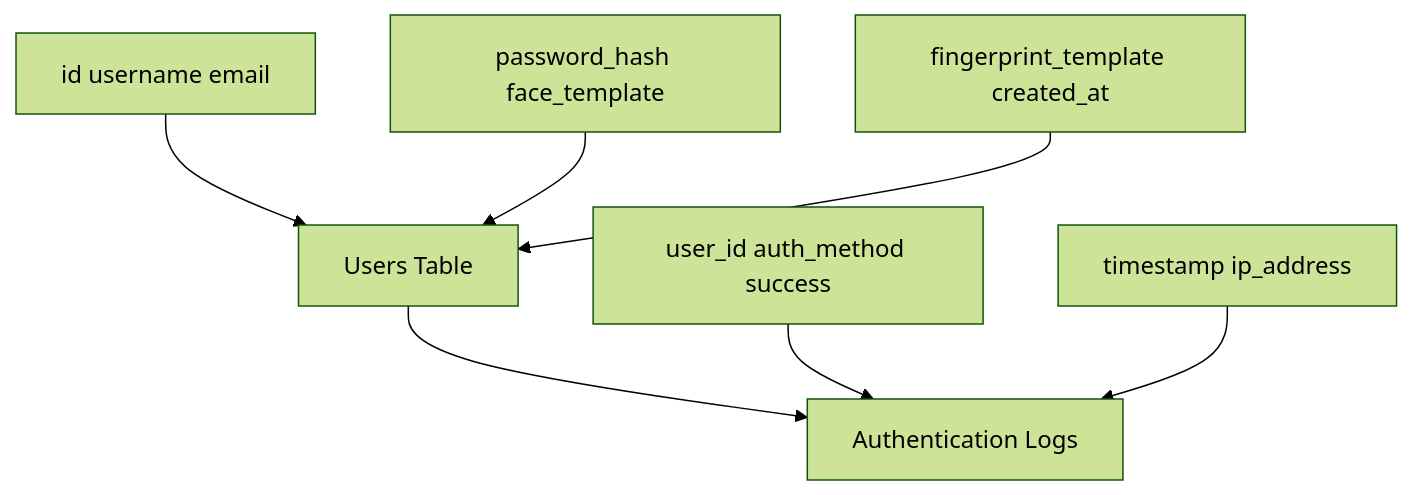
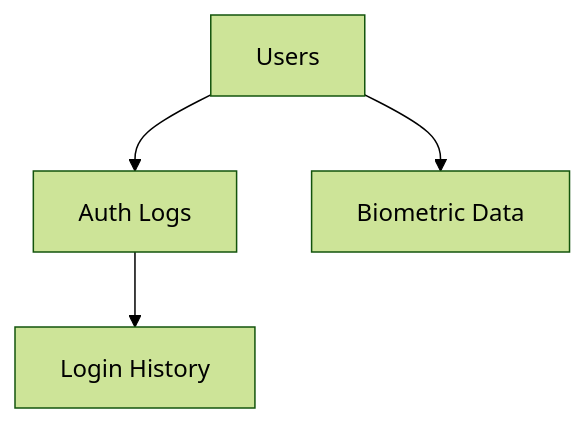
The fourth of 15 diagrams in ARCHITECTURE.md (BTech20/biometric-auth-system), drawn with Mermaid (forest theme) before and after one commit. The commit also changed other lines of this file, not shown here.

First line of the commit message:
Ultra-simplify Mermaid diagrams to basic graph syntax

````diff
--- a/ARCHITECTURE.md
+++ b/ARCHITECTURE.md
@@ -108,9 +77,6 @@
 ```mermaid
-flowchart TB
-    A[Users Table] --> B[Authentication Logs]
-    C[id username email] --> A
-    D[password_hash face_template] --> A
-    E[fingerprint_template created_at] --> A
-    F[user_id auth_method success] --> B
-    G[timestamp ip_address] --> B
+graph TD
+    A[Users] --> B[Auth Logs]
+    A --> C[Biometric Data]
+    B --> D[Login History]
 ```
````
